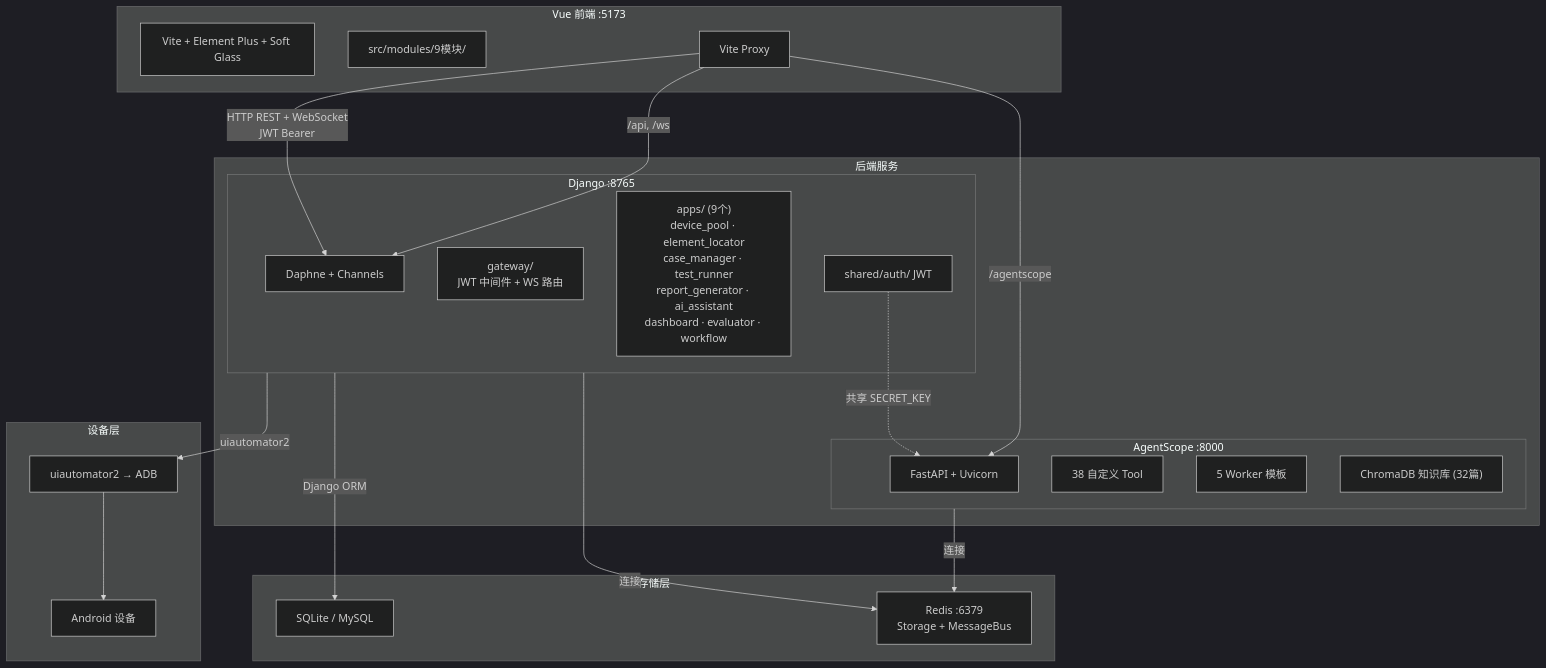
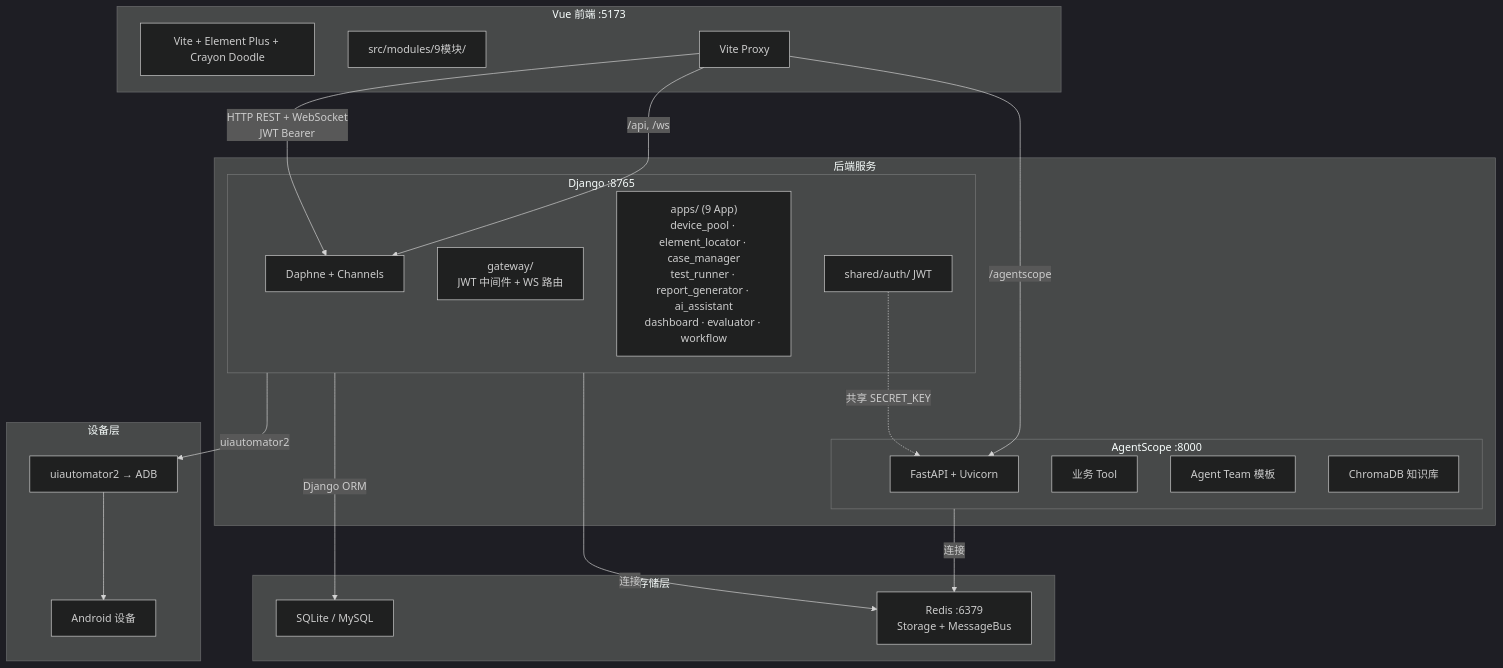
One commit to Kahoku-lazy/Android-AutoTests changed the diagram in .claude/rules/architecture.md. Above: the diagram before and after it, drawn with Mermaid (dark theme). The commit also changed other lines of this file and 45 other files, not shown here.

````diff
--- a/.claude/rules/architecture.md
+++ b/.claude/rules/architecture.md
@@ -29,46 +29,46 @@
 ```mermaid
 flowchart TB
     subgraph Frontend["Vue 前端 :5173"]
-        Vite["Vite + Element Plus + Soft Glass"]
+        Vite["Vite + Element Plus + Crayon Doodle"]
         Modules["src/modules/9模块/"]
         Proxy["Vite Proxy"]
     end
 
     subgraph Backend["后端服务"]
         subgraph Django["Django :8765"]
             Daphne["Daphne + Channels"]
             Gateway["gateway/<br/>JWT 中间件 + WS 路由"]
-            Apps["apps/ (9个)<br/>device_pool · element_locator<br/>case_manager · test_runner<br/>report_generator · ai_assistant<br/>dashboard · evaluator · workflow"]
+            Apps["apps/ (9 App)<br/>device_pool · element_locator · case_manager<br/>test_runner · report_generator · ai_assistant<br/>dashboard · evaluator · workflow"]
             SharedAuth["shared/auth/ JWT"]
         end
 
         subgraph AgentScope["AgentScope :8000"]
             FastAPI["FastAPI + Uvicorn"]
-            Tools["38 自定义 Tool"]
-            Teams["5 Worker 模板"]
-            ChromaDB["ChromaDB 知识库 (32篇)"]
+            Tools["业务 Tool"]
+            Teams["Agent Team 模板"]
+            ChromaDB["ChromaDB 知识库"]
         end
     end
 
     subgraph Storage["存储层"]
         SQLite["SQLite / MySQL"]
         Redis["Redis :6379<br/>Storage + MessageBus"]
     end
 
     subgraph Device["设备层"]
         ADB["uiautomator2 → ADB"]
         Android["Android 设备"]
     end
 
     Proxy -->|"/api, /ws"| Daphne
     Proxy -->|"/agentscope"| FastAPI
     Proxy -->|"HTTP REST + WebSocket<br/>JWT Bearer"| Daphne
 
     Django -->|"Django ORM"| SQLite
     AgentScope -->|"连接"| Redis
     Django -->|"连接"| Redis
     SharedAuth -.->|"共享 SECRET_KEY"| FastAPI
 
     Django -->|"uiautomator2"| ADB
     ADB --> Android
 ```
````
